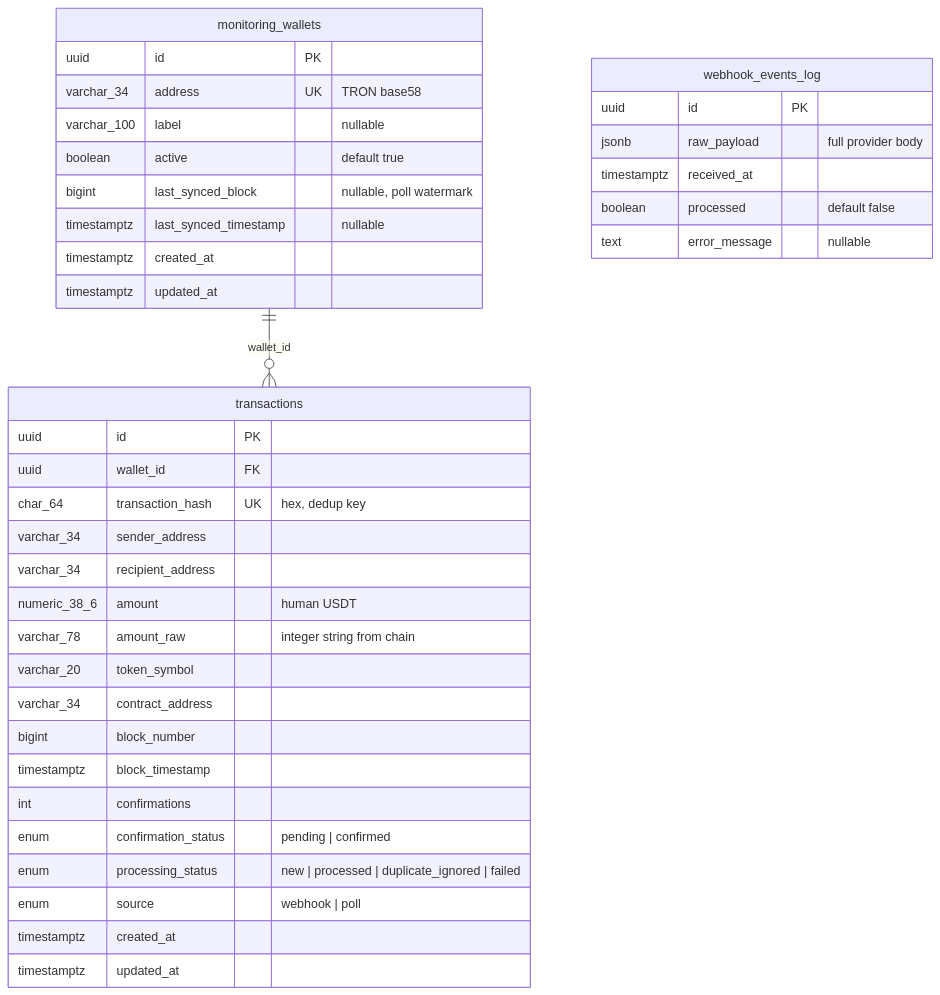
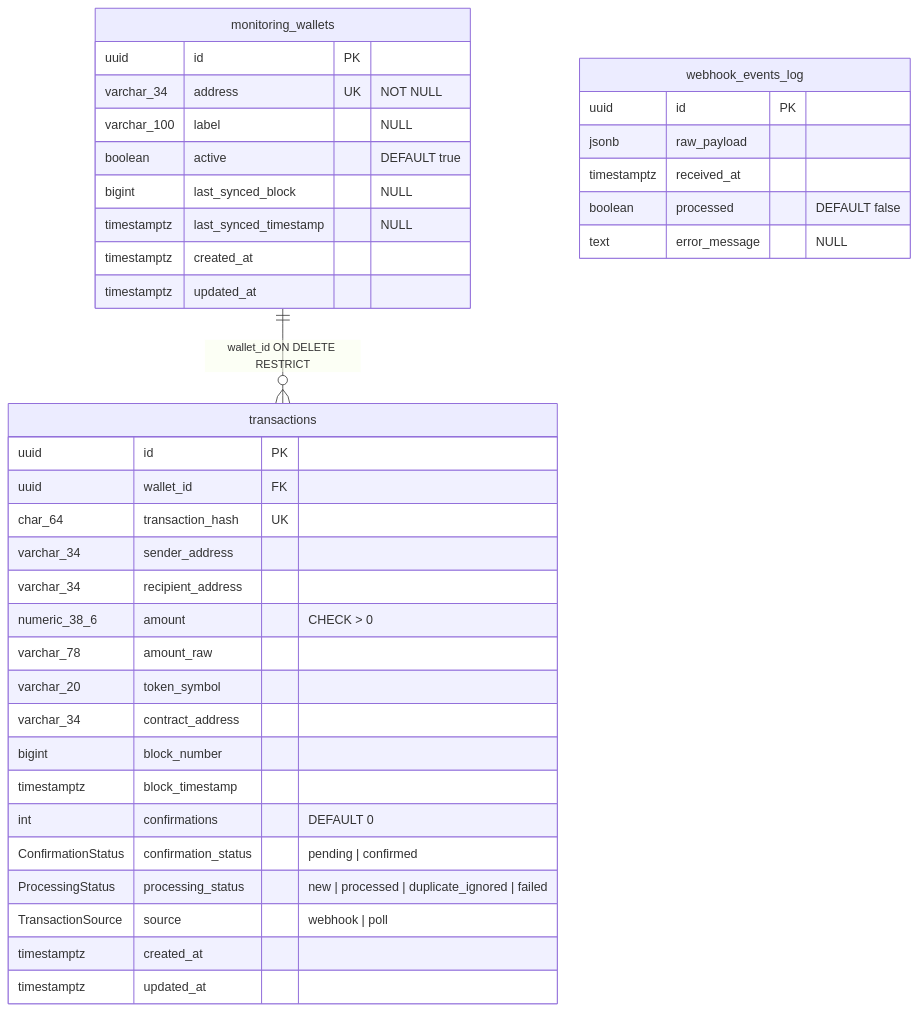
One commit to Arisangaroger/Settlement-monitoring-service-USDT-Tron- changed the diagram in docs/erd.md. Above: the diagram before and after it, drawn with Mermaid. The commit also changed other lines of this file and 79 other files, not shown here.

````diff
--- a/docs/erd.md
+++ b/docs/erd.md
@@ -12,43 +12,43 @@
 ```mermaid
 erDiagram
     monitoring_wallets {
         uuid id PK
-        varchar_34 address UK "TRON base58"
-        varchar_100 label "nullable"
-        boolean active "default true"
-        bigint last_synced_block "nullable, poll watermark"
-        timestamptz last_synced_timestamp "nullable"
+        varchar_34 address UK "NOT NULL"
+        varchar_100 label "NULL"
+        boolean active "DEFAULT true"
+        bigint last_synced_block "NULL"
+        timestamptz last_synced_timestamp "NULL"
         timestamptz created_at
         timestamptz updated_at
     }
 
     transactions {
         uuid id PK
         uuid wallet_id FK
-        char_64 transaction_hash UK "hex, dedup key"
+        char_64 transaction_hash UK
         varchar_34 sender_address
         varchar_34 recipient_address
-        numeric_38_6 amount "human USDT"
-        varchar_78 amount_raw "integer string from chain"
+        numeric_38_6 amount "CHECK > 0"
+        varchar_78 amount_raw
         varchar_20 token_symbol
         varchar_34 contract_address
         bigint block_number
         timestamptz block_timestamp
-        int confirmations
-        enum confirmation_status "pending | confirmed"
-        enum processing_status "new | processed | duplicate_ignored | failed"
-        enum source "webhook | poll"
+        int confirmations "DEFAULT 0"
+        ConfirmationStatus confirmation_status "pending | confirmed"
+        ProcessingStatus processing_status "new | processed | duplicate_ignored | failed"
+        TransactionSource source "webhook | poll"
         timestamptz created_at
         timestamptz updated_at
     }
 
     webhook_events_log {
         uuid id PK
-        jsonb raw_payload "full provider body"
+        jsonb raw_payload
         timestamptz received_at
-        boolean processed "default false"
-        text error_message "nullable"
+        boolean processed "DEFAULT false"
+        text error_message "NULL"
     }
 
-    monitoring_wallets ||--o{ transactions : "wallet_id"
+    monitoring_wallets ||--o{ transactions : "wallet_id ON DELETE RESTRICT"
 ```
````
